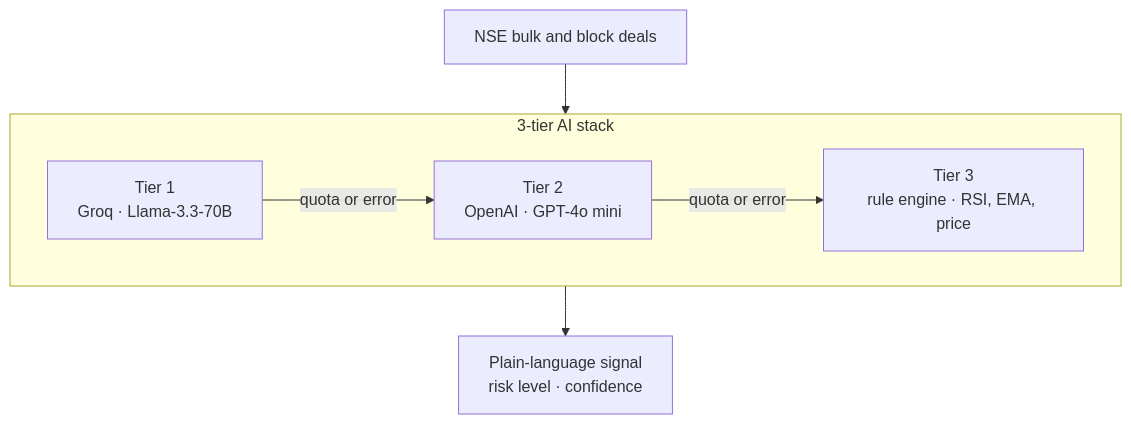
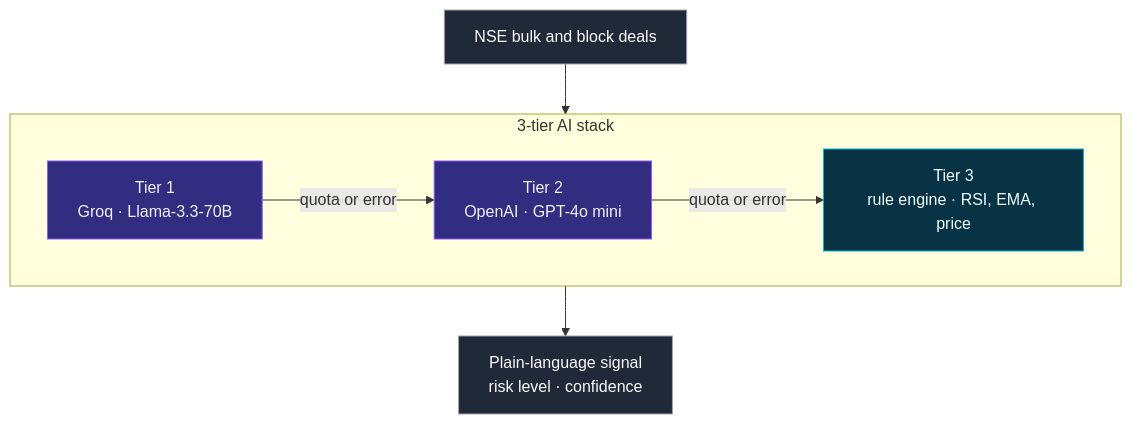
The third of 4 diagrams in README.md (aishwarysrivastava1/aishwarysrivastava1), drawn with Mermaid before and after one commit. The commit also changed other lines of this file, not shown here.

````diff
--- a/README.md
+++ b/README.md
@@ -116,10 +333,16 @@
 ```mermaid
 flowchart TB
     D["NSE bulk and block deals"] --> AI
     subgraph AI ["3-tier AI stack"]
         direction LR
         T1["Tier 1<br/>Groq · Llama-3.3-70B"] -->|quota or error| T2["Tier 2<br/>OpenAI · GPT-4o mini"]
         T2 -->|quota or error| T3["Tier 3<br/>rule engine · RSI, EMA, price"]
     end
     AI --> S["Plain-language signal<br/>risk level · confidence"]
+    classDef core fill:#312e81,stroke:#8b5cf6,color:#eef2ff
+    classDef store fill:#083344,stroke:#06b6d4,color:#ecfeff
+    classDef ext fill:#1f2937,stroke:#9ca3af,color:#f9fafb
+    class T1,T2 core
+    class T3 store
+    class D,S ext
 ```
````
